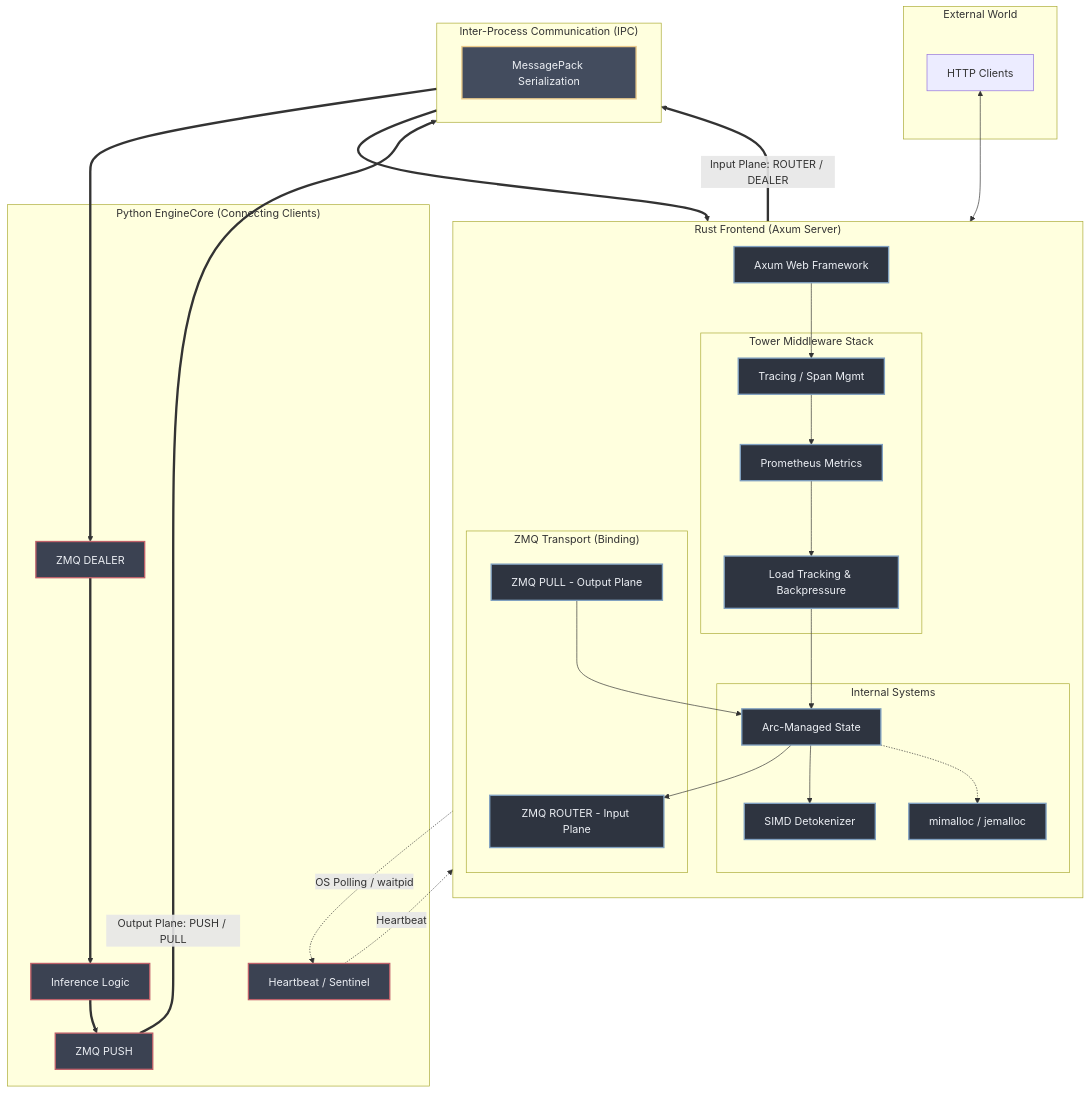
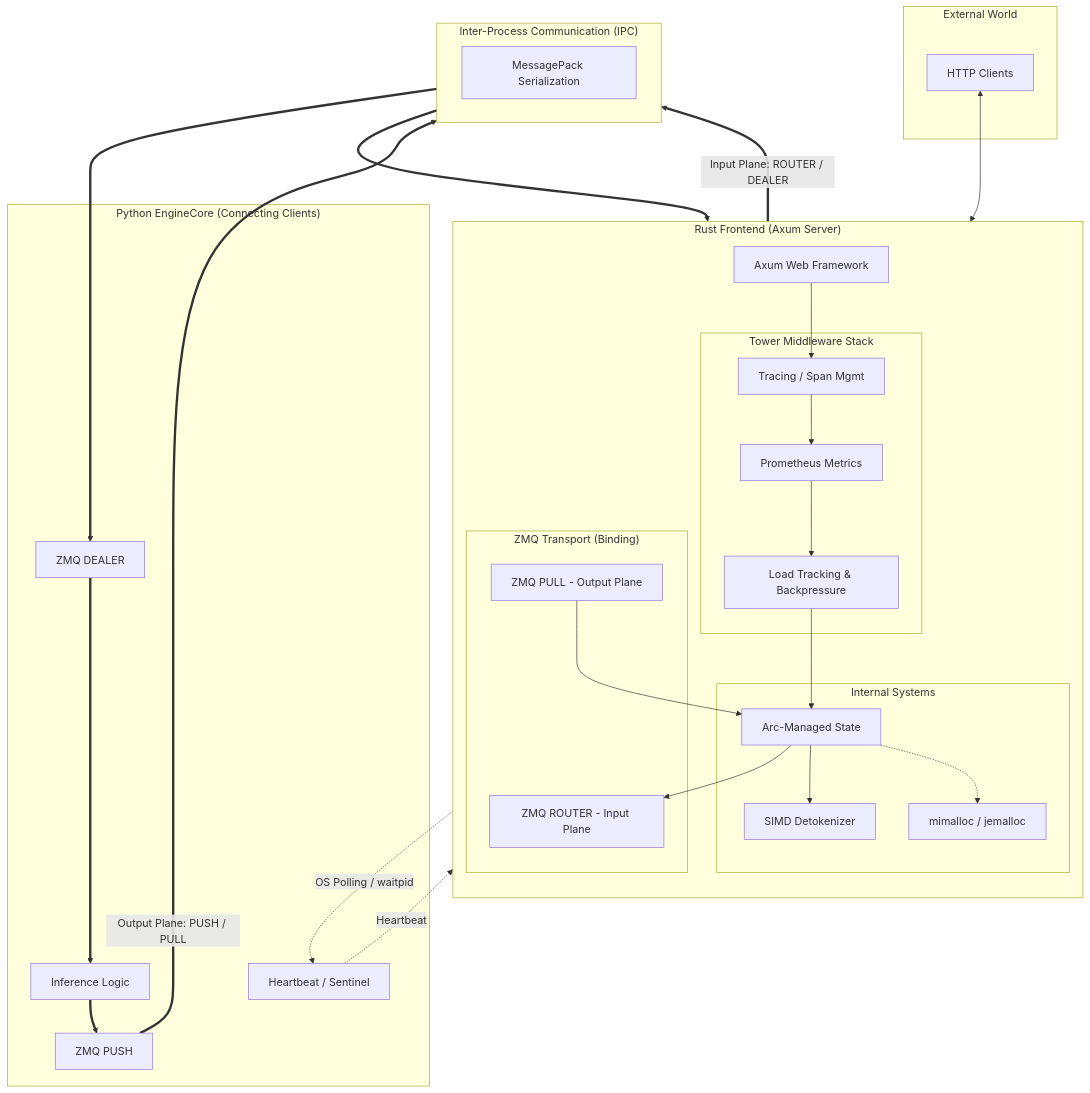
Before and after one commit to quanhua92/tutorials: the diagram in vllm/courses/chapter_06_rust_frontend.md, drawn with Mermaid. The commit also changed 10 other files, not shown here.

Commit message:
chore: improve vllm course mermaid styles

````diff
--- a/vllm/courses/chapter_06_rust_frontend.md
+++ b/vllm/courses/chapter_06_rust_frontend.md
@@ -3,74 +3,62 @@
 ```mermaid
-graph TD
-    subgraph "External World"
+flowchart TD
+    subgraph EXTERNAL ["External World"]
         Client[HTTP Clients]
     end
 
-    subgraph "Rust Frontend (Axum Server)"
+    subgraph RUST_FE ["Rust Frontend (Axum Server)"]
         direction TB
         Axum[Axum Web Framework]
         
-        subgraph "Tower Middleware Stack"
+        subgraph TOWER ["Tower Middleware Stack"]
             Trace["Tracing / Span Mgmt"]
             Metrics["Prometheus Metrics"]
             Backpressure["Load Tracking & Backpressure"]
         end
         
-        subgraph "Internal Systems"
+        subgraph INTERNAL ["Internal Systems"]
             State["Arc-Managed State"]
             SIMD["SIMD Detokenizer"]
             Malloc["mimalloc / jemalloc"]
         end
         
-        subgraph "ZMQ Transport (Binding)"
+        subgraph ZMQ ["ZMQ Transport (Binding)"]
             Router["ZMQ ROUTER - Input Plane"]
             Pull["ZMQ PULL - Output Plane"]
         end
     end
 
-    subgraph "Inter-Process Communication (IPC)"
+    subgraph IPC ["Inter-Process Communication (IPC)"]
         direction LR
         MsgPack["MessagePack Serialization"]
     end
 
-    subgraph "Python EngineCore (Connecting Clients)"
+    subgraph PYTHON_CORE ["Python EngineCore (Connecting Clients)"]
         Dealer["ZMQ DEALER"]
         Push["ZMQ PUSH"]
         Engine["Inference Logic"]
         Health["Heartbeat / Sentinel"]
     end
 
     %% Flow
     Client <--> Axum
-    Axum --> Trace
-    Trace --> Metrics
-    Metrics --> Backpressure
-    Backpressure --> State
+    Axum --> Trace --> Metrics --> Backpressure --> State
     State --> Router
     Pull --> State
     State --> SIMD
     
     %% Malloc Integration
     State -.-> Malloc
     
     %% IPC Flow with MsgPack Integration
     Router ==>|"Input Plane: ROUTER / DEALER"| MsgPack
     MsgPack ==> Dealer
     Dealer ==> Engine
     Engine ==> Push
     Push ==>|"Output Plane: PUSH / PULL"| MsgPack
     MsgPack ==> Pull
     
     %% Health & Process Management
     Health -.->|"Heartbeat"| Router
     State -.->|"OS Polling / waitpid"| Health
-
-    %% Formatting
-    classDef rust fill:#2e3440,stroke:#81a1c1,stroke-width:2px,color:#eceff4;
-    classDef python fill:#3b4252,stroke:#bf616a,stroke-width:2px,color:#eceff4;
-    classDef ipc fill:#434c5e,stroke:#ebcb8b,stroke-width:2px,color:#eceff4;
-    
-    class Axum,Trace,Metrics,Backpressure,State,SIMD,Malloc,Router,Pull rust;
-    class Dealer,Push,Engine,Health python;
-    class MsgPack ipc;
 ```
````
